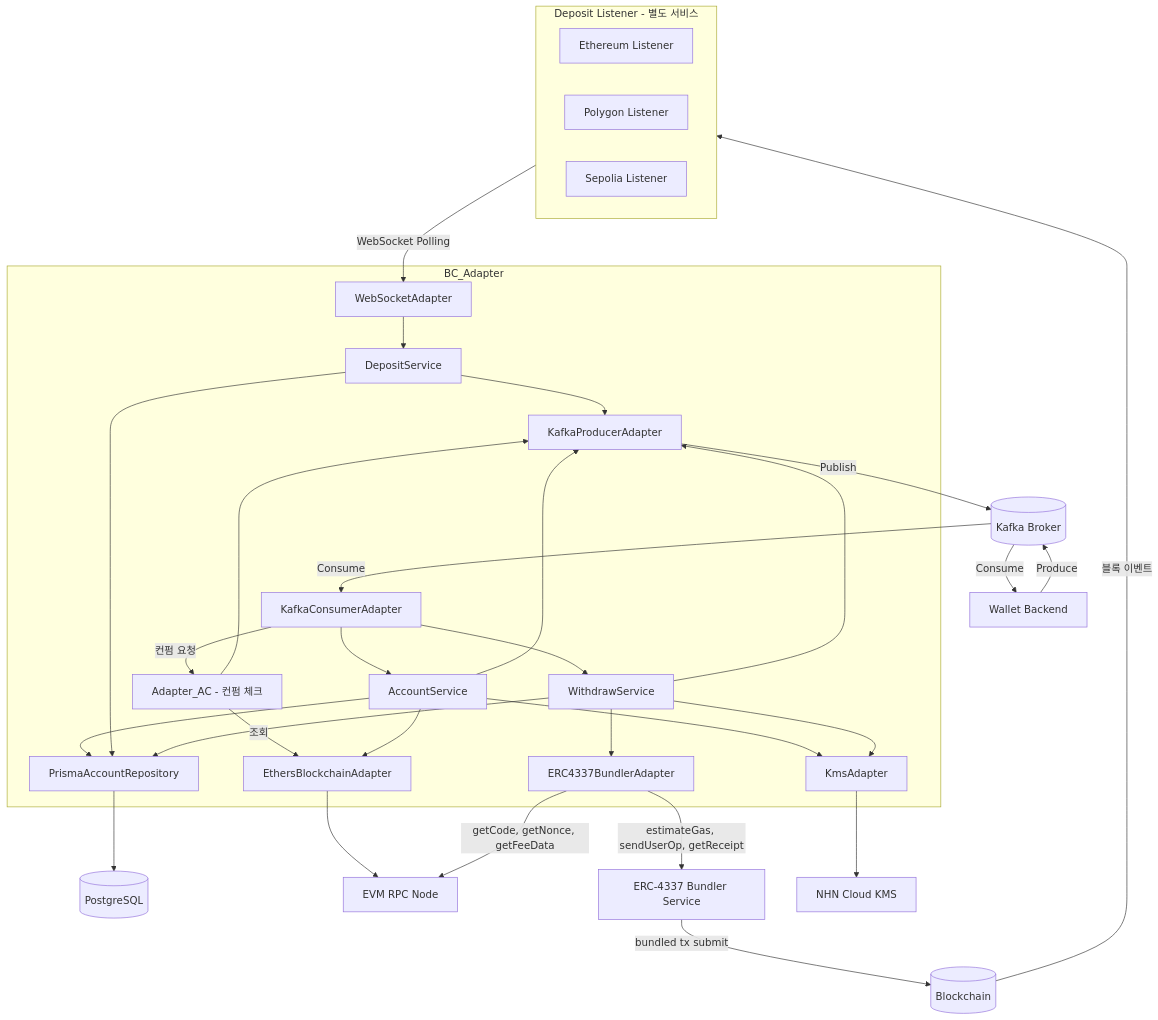
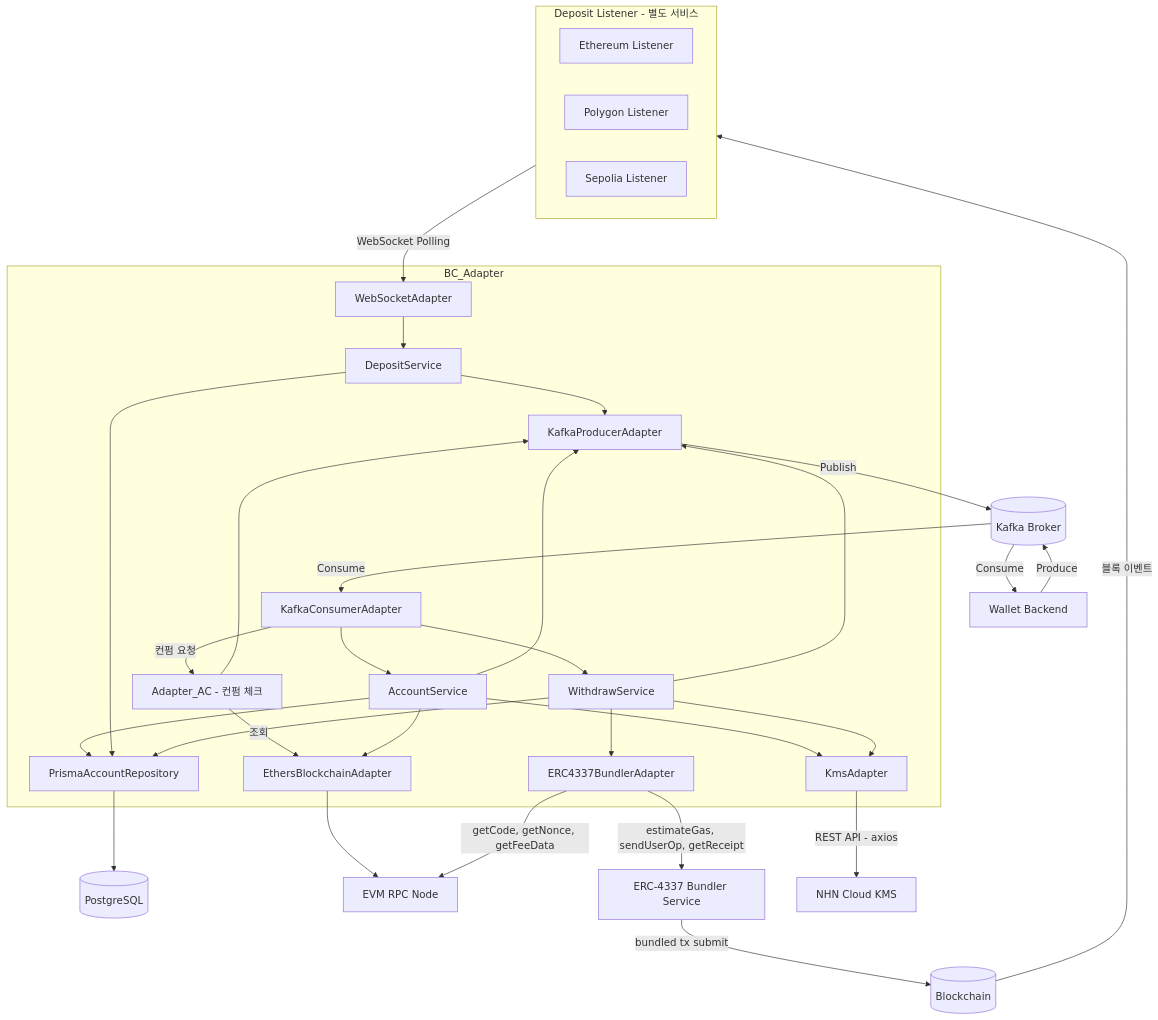
One commit to byunyourim/BC_Adapter changed the first of 19 diagrams in docs/architecture.md. Above: the diagram before and after it, drawn with Mermaid. The commit also changed other lines of this file and 1 other file, not shown here.

````diff
--- a/docs/architecture.md
+++ b/docs/architecture.md
@@ -10,68 +10,68 @@
 ```mermaid
 graph TB
     WB[Wallet Backend]
 
     subgraph Listener[Deposit Listener - 별도 서비스]
         DL_ETH[Ethereum Listener]
         DL_POLY[Polygon Listener]
         DL_SEP[Sepolia Listener]
     end
 
     subgraph BC_Adapter
         KCA[KafkaConsumerAdapter]
         WSA[WebSocketAdapter]
         AS[AccountService]
         DS[DepositService]
         AC[Adapter_AC - 컨펌 체크]
         WS[WithdrawService]
         KPA[KafkaProducerAdapter]
         REPO[PrismaAccountRepository]
         BC[EthersBlockchainAdapter]
         BU[ERC4337BundlerAdapter]
         KMS[KmsAdapter]
     end
 
     PG[(PostgreSQL)]
     KAFKA[(Kafka Broker)]
     RPC[EVM RPC Node]
     BUNDLER[ERC-4337 Bundler Service]
     NHNKMS[NHN Cloud KMS]
     CHAIN[(Blockchain)]
 
     WB -->|Produce| KAFKA
     KAFKA -->|Consume| KCA
 
     CHAIN -->|블록 이벤트| Listener
     Listener -->|WebSocket Polling| WSA
     WSA --> DS
 
     KCA --> AS
     KCA -->|컨펌 요청| AC
     KCA --> WS
 
     AC -->|조회| BC
     BC --> RPC
 
     AS --> KPA
     DS --> KPA
     AC --> KPA
     WS --> KPA
     KPA -->|Publish| KAFKA
     KAFKA -->|Consume| WB
 
     AS --> REPO
     DS --> REPO
     WS --> REPO
     REPO --> PG
 
     AS --> BC
 
     WS --> BU
     BU -->|estimateGas, sendUserOp, getReceipt| BUNDLER
     BU -->|getCode, getNonce, getFeeData| RPC
     BUNDLER -->|bundled tx submit| CHAIN
 
     AS --> KMS
     WS --> KMS
-    KMS --> NHNKMS
+    KMS -->|REST API - axios| NHNKMS
 ```
````
